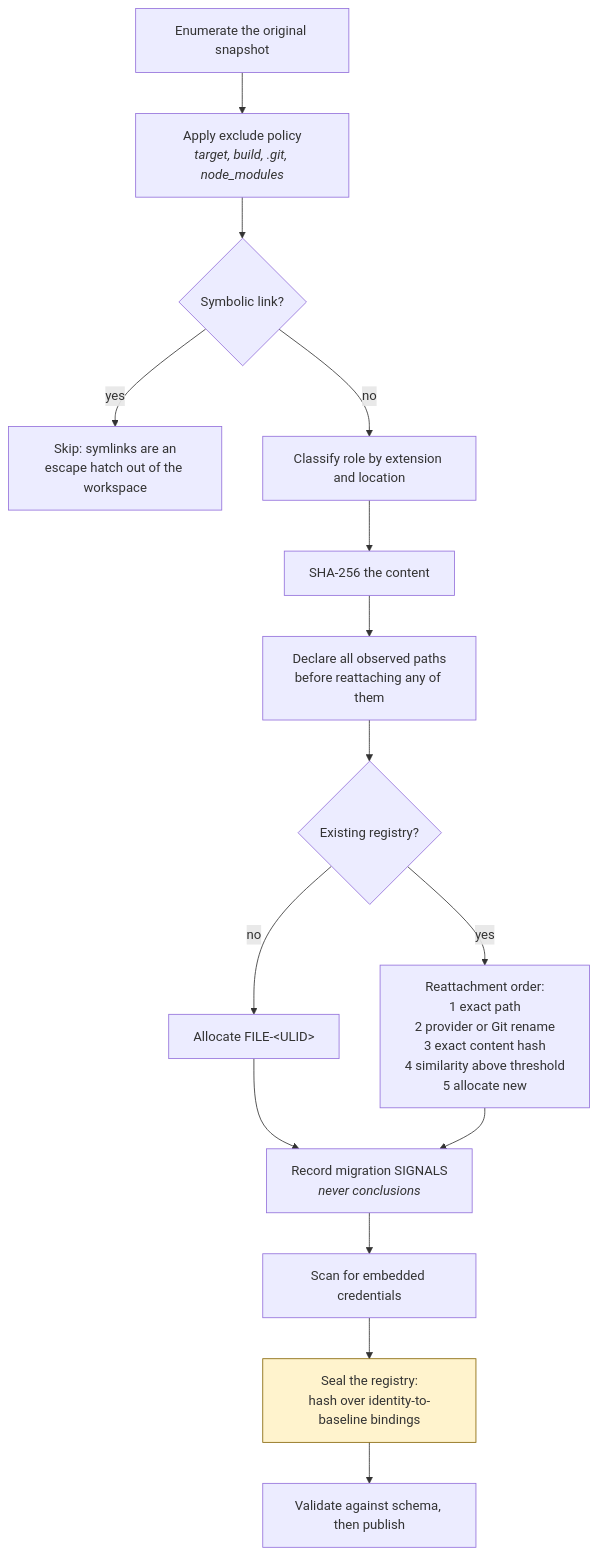
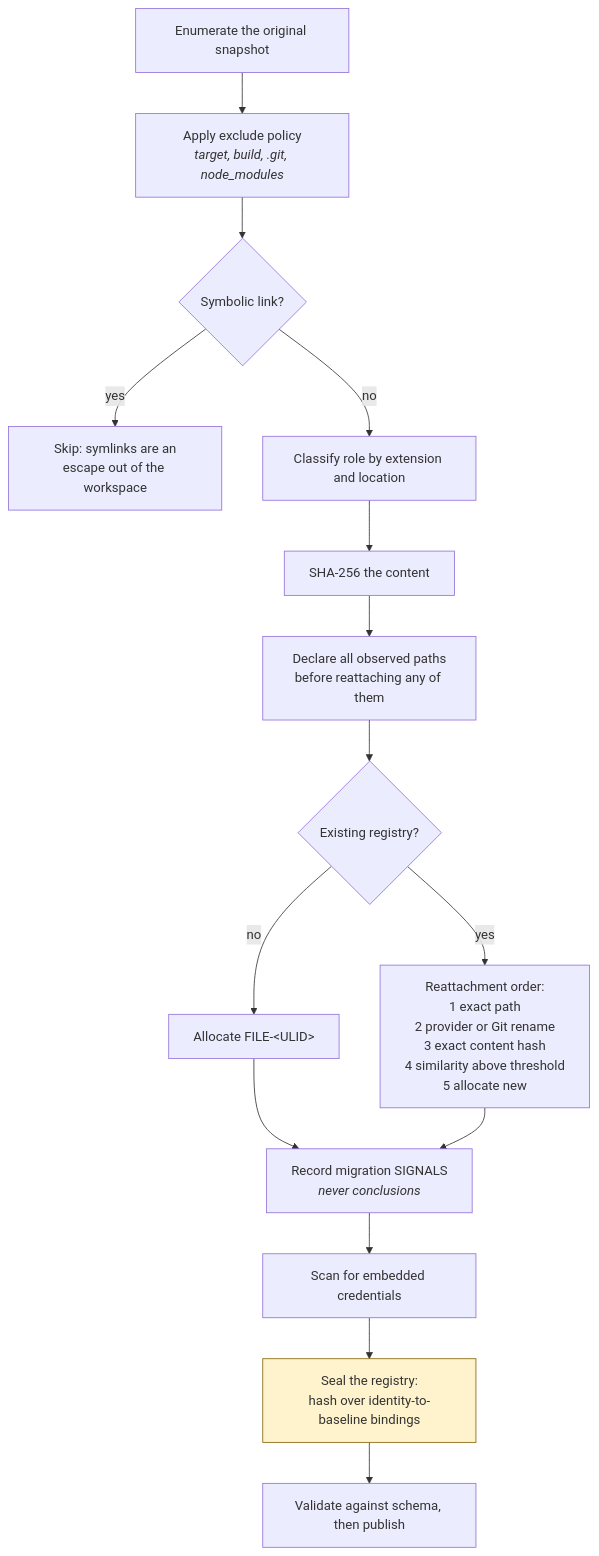
One commit to KrishnaAnnavaram/bootshift changed diagram 11 of 40 in README.md. Above: the diagram before and after it, drawn with Mermaid. The commit also changed other lines of this file and 1 other file, not shown here.

````diff
--- a/README.md
+++ b/README.md
@@ -754,19 +1040,19 @@
 ```mermaid
 flowchart TD
     START["Enumerate the original snapshot"] --> EX["Apply exclude policy<br/><i>target, build, .git, node_modules</i>"]
     EX --> SL{"Symbolic link?"}
-    SL -->|yes| SKIP["Skip: symlinks are an<br/>escape hatch out of the workspace"]
+    SL -->|yes| SKIP["Skip: symlinks are an<br/>escape out of the workspace"]
     SL -->|no| CL["Classify role by extension and location"]
     CL --> HASH["SHA-256 the content"]
     HASH --> SCAN["Declare all observed paths<br/>before reattaching any of them"]
     SCAN --> RE{"Existing registry?"}
     RE -->|no| ALLOC["Allocate FILE-&lt;ULID&gt;"]
     RE -->|yes| ORDER["Reattachment order:<br/>1 exact path<br/>2 provider or Git rename<br/>3 exact content hash<br/>4 similarity above threshold<br/>5 allocate new"]
     ALLOC --> SIG
     ORDER --> SIG["Record migration SIGNALS<br/><i>never conclusions</i>"]
     SIG --> SEC["Scan for embedded credentials"]
     SEC --> SEAL["Seal the registry:<br/>hash over identity-to-baseline bindings"]
     SEAL --> PUB["Validate against schema, then publish"]
 
     style SEAL fill:#fff3cd,stroke:#856404
 ```
````
